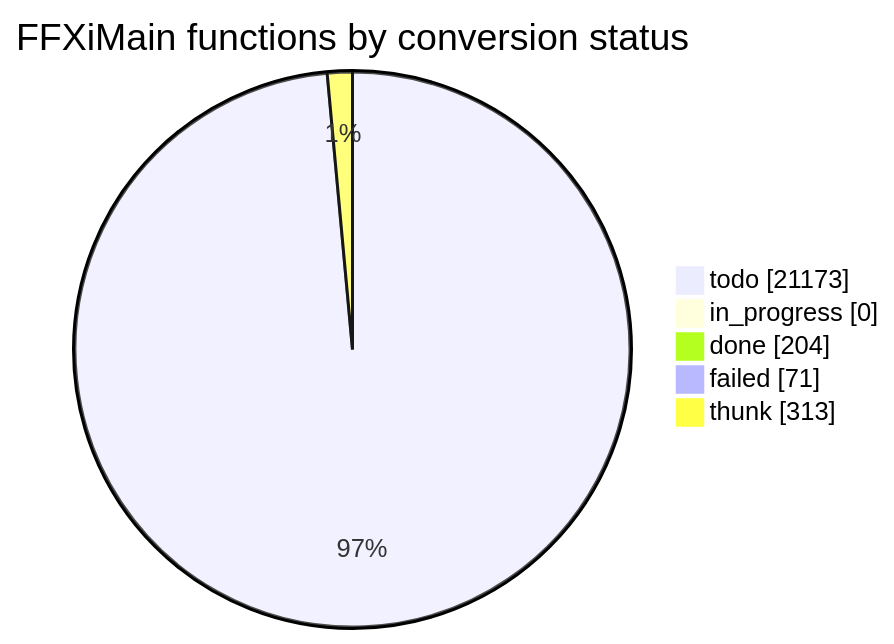
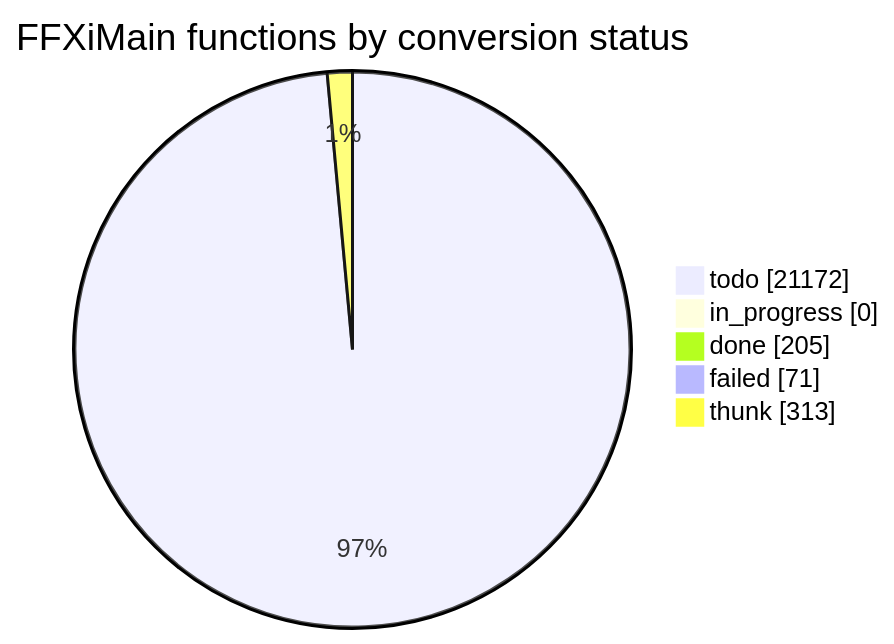
Before and after one commit to cowrevenge/cow_kuluu_xi_anything: the diagram in docs/cow/STATUS.md, drawn with Mermaid. The commit also changed other lines of this file and 9 other files, not shown here.

````diff
--- a/docs/cow/STATUS.md
+++ b/docs/cow/STATUS.md
@@ -18,9 +18,9 @@
 ```mermaid
 pie showData
     title FFXiMain functions by conversion status
-    "todo" : 21173
+    "todo" : 21172
     "in_progress" : 0
-    "done" : 204
+    "done" : 205
     "failed" : 71
     "thunk" : 313
 ```
````
